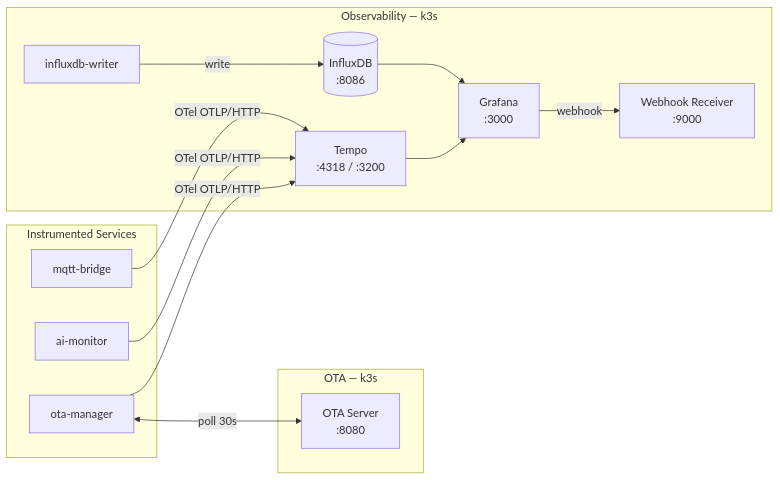
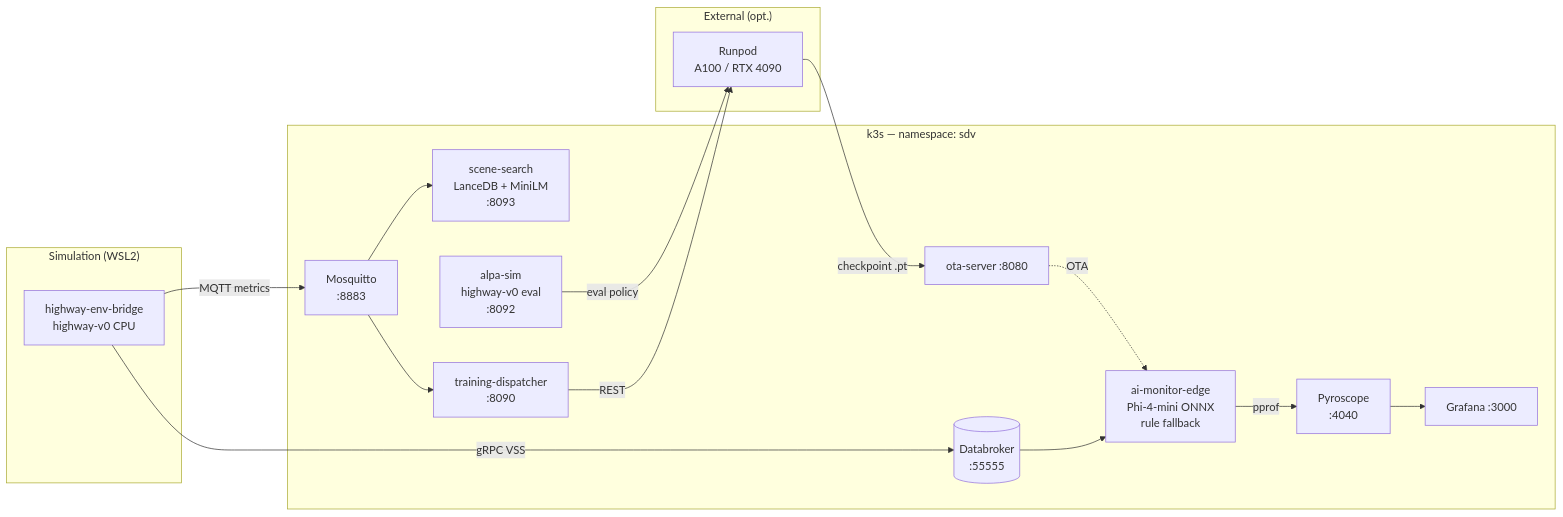
One commit to TakumiSomeya-Eng/mini-sdv-platform-project changed the second of 2 diagrams in README.md. Above: the diagram before and after it, drawn with Mermaid. The commit also changed other lines of this file and 63 other files, not shown here.

````diff
--- a/README.md
+++ b/README.md
@@ -78,27 +75,34 @@
 ```mermaid
 flowchart LR
-    subgraph sources["Instrumented Services"]
-        MB["mqtt-bridge"]
-        AI["ai-monitor"]
-        OTM["ota-manager"]
+    subgraph sim["Simulation (WSL2)"]
+        HEB["highway-env-bridge\nhighway-v0 CPU"]
     end
 
-    subgraph obs["Observability — k3s"]
-        TP["Tempo\n:4318 / :3200"]
-        IDB[("InfluxDB\n:8086")]
-        GF["Grafana\n:3000"]
-        WH["Webhook Receiver\n:9000"]
-        IW["influxdb-writer"]
+    subgraph k8s["k3s — namespace: sdv"]
+        DB2[("Databroker\n:55555")]
+        MQ2["Mosquitto\n:8883"]
+        AME["ai-monitor-edge\nPhi-4-mini ONNX\nrule fallback"]
+        SS["scene-search\nLanceDB + MiniLM\n:8093"]
+        TD["training-dispatcher\n:8090"]
+        ALPA["alpa-sim\nhighway-v0 eval\n:8092"]
+        PYR["Pyroscope\n:4040"]
+        GF2["Grafana :3000"]
+        OTAS["ota-server :8080"]
     end
 
-    subgraph ota["OTA — k3s"]
-        OTAS["OTA Server\n:8080"]
+    subgraph ext["External (opt.)"]
+        RP["Runpod\nA100 / RTX 4090"]
     end
 
-    MB & AI & OTM -->|"OTel OTLP/HTTP"| TP
-    IW -->|write| IDB
-    IDB --> GF
-    TP --> GF
-    GF -->|webhook| WH
-    OTM <-->|"poll 30s"| OTAS
+    HEB -->|gRPC VSS| DB2
+    HEB -->|MQTT metrics| MQ2
+    DB2 --> AME
+    MQ2 --> SS
+    MQ2 --> TD
+    TD -->|REST| RP
+    RP -->|checkpoint .pt| OTAS
+    OTAS -.->|OTA| AME
+    ALPA -->|eval policy| RP
+    AME -->|pprof| PYR
+    PYR --> GF2
 ```
````
